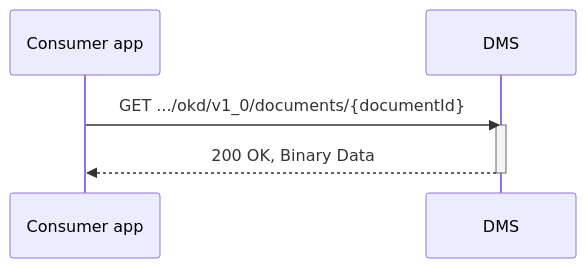
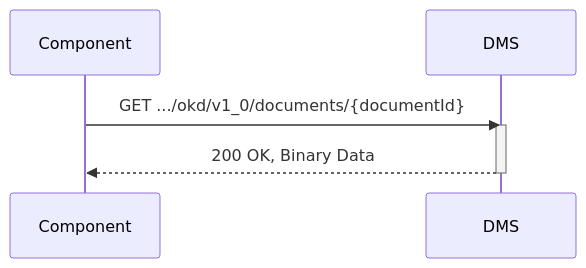
Before and after one commit to Onderwijs-Koppelingen-OKx/OKD-Document-Management: the first of 2 diagrams in doc/flow-x.md, drawn with Mermaid. The commit also changed other lines of this file and 10 other files, not shown here.

Commit message:
Documentation update, flow details, authentication

````diff
--- a/doc/flow-x.md
+++ b/doc/flow-x.md
@@ -19,9 +19,9 @@
 ```mermaid
 sequenceDiagram
-    participant Consumer app
+    participant Component
     participant DMS
-    Consumer app->>DMS: GET .../okd/v1_0/documents/{documentId}
+    Component->>DMS: GET .../okd/v1_0/documents/{documentId}
     activate DMS
-    DMS-->>Consumer app: 200 OK, Binary Data
+    DMS-->>Component: 200 OK, Binary Data
     deactivate DMS
 ```
````
